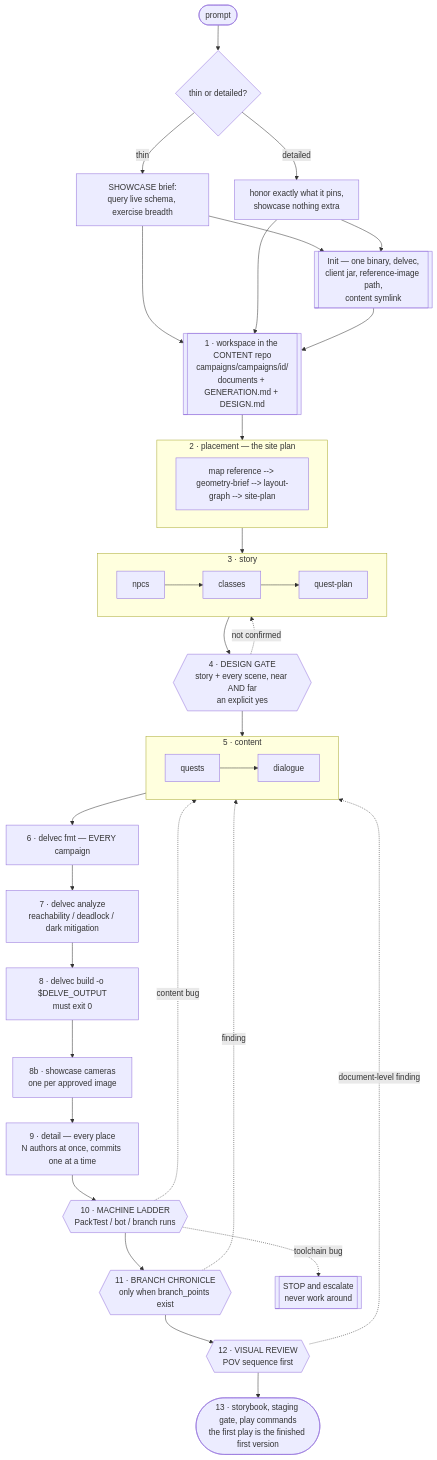
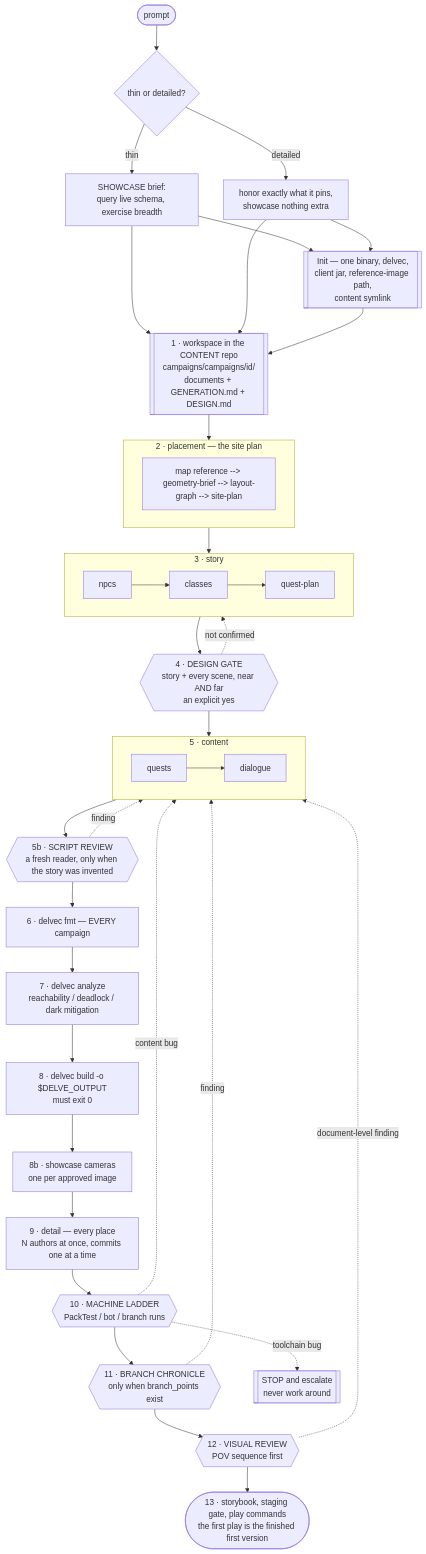
The first of 3 diagrams in docs/reference/skill-workflow.md (stellarfeline/delvewright), drawn with Mermaid before and after one commit. The commit also changed other lines of this file and 10 other files, not shown here.

First line of the commit message:
feat(skill): a fresh reader reviews an invented script before the build (step 5b) (#1322)

````diff
--- a/docs/reference/skill-workflow.md
+++ b/docs/reference/skill-workflow.md
@@ -105,45 +105,47 @@
 ```mermaid
 flowchart TD
     P([prompt]) --> M{thin or detailed?}
     M -->|thin| SH[SHOWCASE brief:<br/>query live schema, exercise breadth]
     M -->|detailed| HB[honor exactly what it pins,<br/>showcase nothing extra]
     SH --> WS
     HB --> WS
     SH --> IN
     HB --> IN
     IN[["Init — one binary, delvec,<br/>client jar, reference-image path,<br/>content symlink"]]
     IN --> WS
     WS[["1 · workspace in the CONTENT repo<br/>campaigns/campaigns/id/<br/>documents + GENERATION.md + DESIGN.md"]]
 
     WS --> P2
     subgraph P2 ["2 · placement — the site plan"]
         direction LR
         SP[map reference --> geometry-brief --> layout-graph --> site-plan]
     end
     P2 --> L
     subgraph L ["3 · story"]
         direction LR
         S2[npcs] --> S3[classes] --> S4[quest-plan]
     end
 
     L --> AG{{"4 · DESIGN GATE<br/>story + every scene, near AND far<br/>an explicit yes"}}
     AG -.not confirmed.-> L
     AG --> C
     subgraph C ["5 · content"]
         direction LR
         S5[quests] --> S6[dialogue]
     end
-    C --> F["6 · delvec fmt — EVERY campaign"]
+    C --> SR{{"5b · SCRIPT REVIEW<br/>a fresh reader, only when the story was invented"}}
+    SR -.finding.-> C
+    SR --> F["6 · delvec fmt — EVERY campaign"]
     F --> A["7 · delvec analyze<br/>reachability / deadlock / dark mitigation"]
     A --> B["8 · delvec build -o $DELVE_OUTPUT<br/>must exit 0"]
     B --> CAM["8b · showcase cameras<br/>one per approved image"]
     CAM --> D["9 · detail — every place<br/>N authors at once, commits one at a time"]
     D --> G8{{"10 · MACHINE LADDER<br/>PackTest / bot / branch runs"}}
     G8 --> G7{{"11 · BRANCH CHRONICLE<br/>only when branch_points exist"}}
     G7 --> G9{{"12 · VISUAL REVIEW<br/>POV sequence first"}}
     G9 --> G10([13 · storybook, staging gate, play commands<br/>the first play is the finished first version])
     G7 -.finding.-> C
     G8 -.content bug.-> C
     G8 -.toolchain bug.-> ESC[[STOP and escalate<br/>never work around]]
     G9 -.document-level finding.-> C
 ```
````
